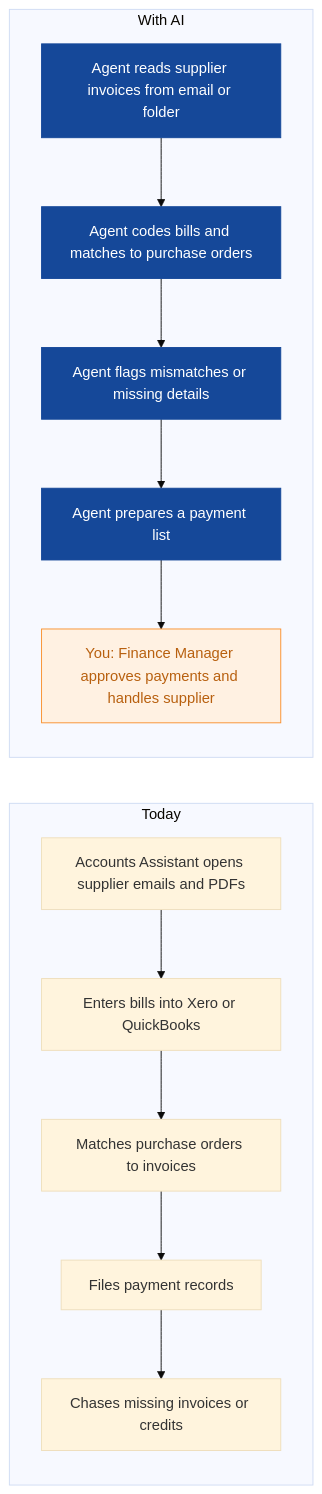
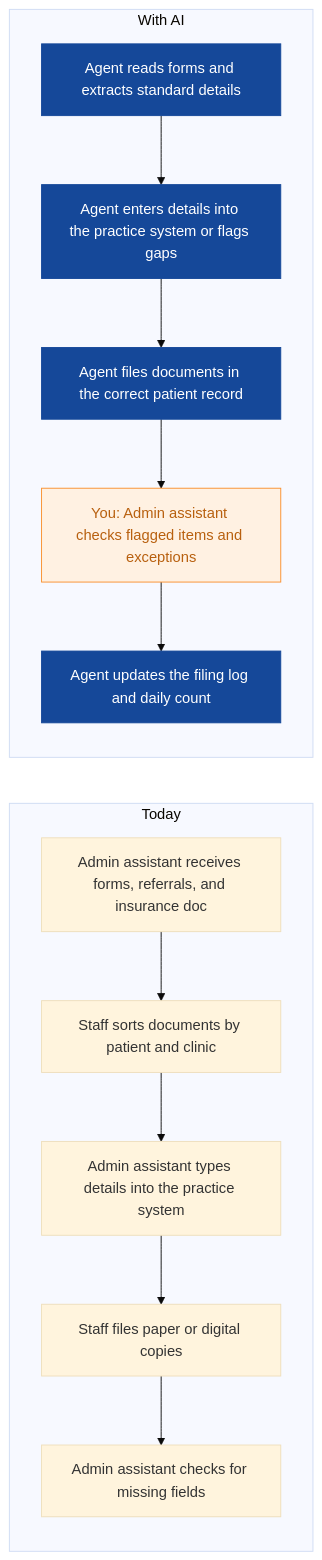
One commit to nexibeo/Complete-AI-Strategy changed the ninth of 9 diagrams in strategies/maple-sage-dental.md. Above: the diagram before and after it, drawn with Mermaid (base theme). The commit also changed other lines of this file and 26 other files, not shown here.

````diff
--- a/strategies/maple-sage-dental.md
+++ b/strategies/maple-sage-dental.md
@@ -250,23 +284,23 @@
 ```mermaid
 flowchart LR
   subgraph Today
-    B0["Accounts Assistant opens supplier emails and PDFs"]
-    B1["Enters bills into Xero or QuickBooks"]
-    B2["Matches purchase orders to invoices"]
-    B3["Files payment records"]
-    B4["Chases missing invoices or credits"]
+    B0["Admin assistant receives forms, referrals, and insurance doc"]
+    B1["Staff sorts documents by patient and clinic"]
+    B2["Admin assistant types details into the practice system"]
+    B3["Staff files paper or digital copies"]
+    B4["Admin assistant checks for missing fields"]
     B0 --> B1 --> B2 --> B3 --> B4
   end
   subgraph WithAI[With AI]
-    A0["Agent reads supplier invoices from email or folder"]
-    A1["Agent codes bills and matches to purchase orders"]
-    A2["Agent flags mismatches or missing details"]
-    A3["Agent prepares a payment list"]
-    A4["You: Finance Manager approves payments and handles supplier "]
+    A0["Agent reads forms and extracts standard details"]
+    A1["Agent enters details into the practice system or flags gaps"]
+    A2["Agent files documents in the correct patient record"]
+    A3["You: Admin assistant checks flagged items and exceptions"]
+    A4["Agent updates the filing log and daily count"]
     A0 --> A1 --> A2 --> A3 --> A4
   end
   classDef ai fill:#154899,color:#fff,stroke:#154899
   classDef human fill:#FFF1E2,color:#B8600F,stroke:#F98F2C
-  class A0,A1,A2,A3 ai
-  class A4 human
+  class A0,A1,A2,A4 ai
+  class A3 human
 ```
````
